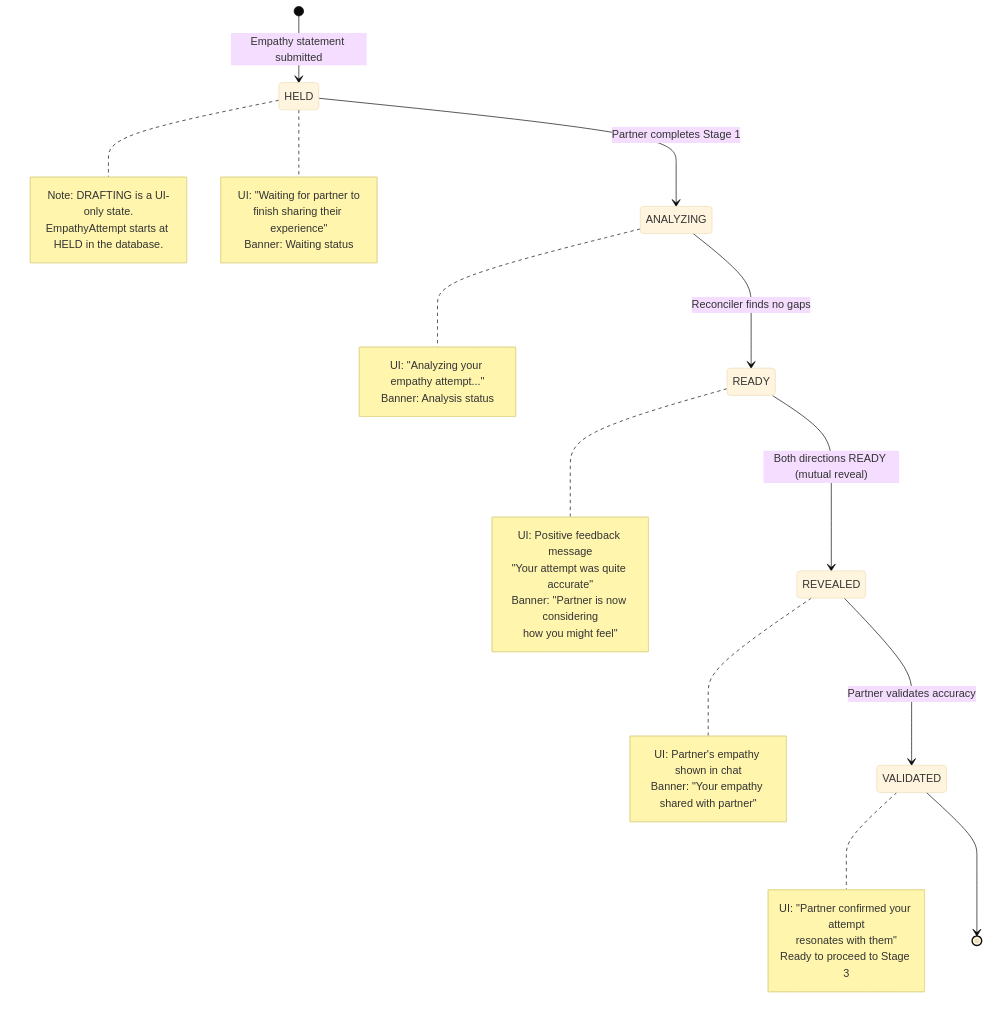
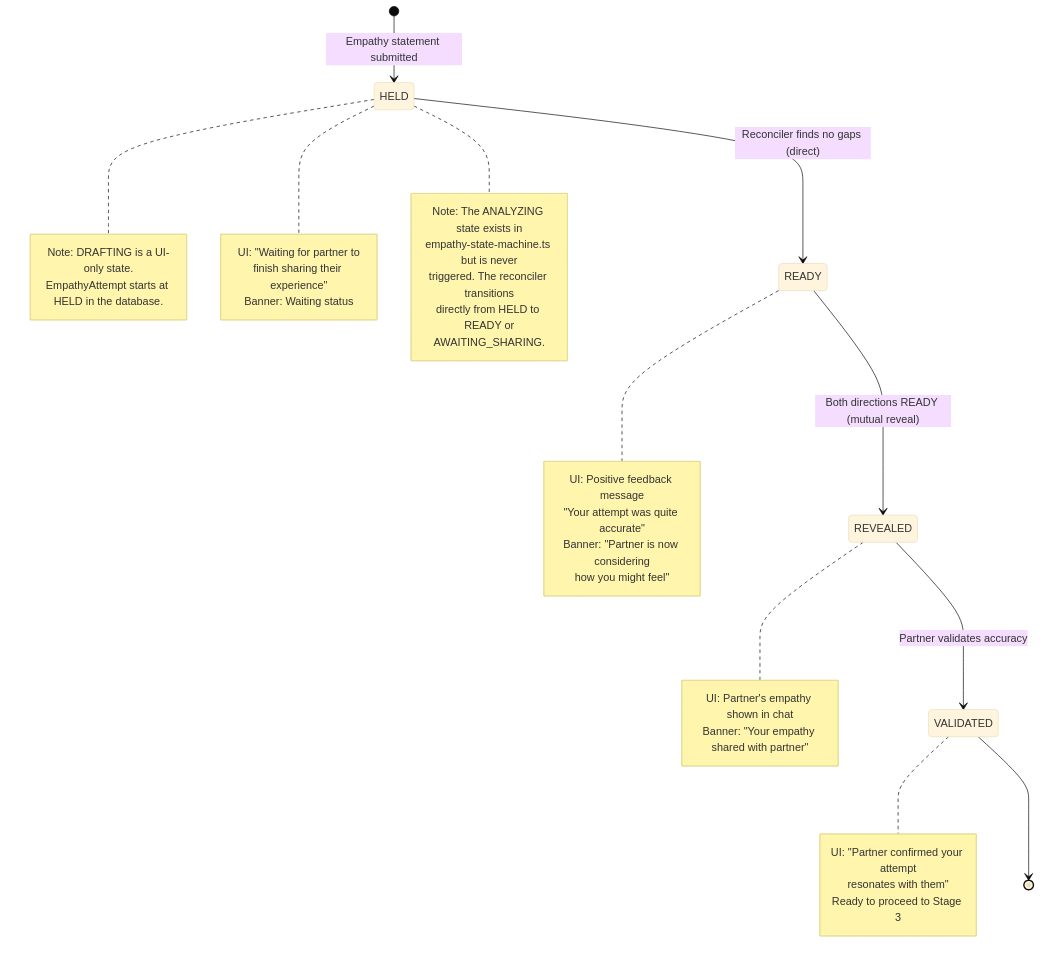
The first of 14 diagrams in docs/diagrams/reconciler-paths.md (shantamg/meet-without-fear), drawn with Mermaid (base theme) before and after one commit. The commit also changed other lines of this file and 12 other files, not shown here.

````diff
--- a/docs/diagrams/reconciler-paths.md
+++ b/docs/diagrams/reconciler-paths.md
@@ -42,38 +42,39 @@
 ```mermaid
 stateDiagram-v2
     [*] --> HELD: Empathy statement submitted
     note right of HELD
         Note: DRAFTING is a UI-only state.
         EmpathyAttempt starts at HELD in the database.
     end note
     note right of HELD
         UI: "Waiting for partner to<br/>finish sharing their experience"
         Banner: Waiting status
     end note
 
-    HELD --> ANALYZING: Partner completes Stage 1
-    note right of ANALYZING
-        UI: "Analyzing your empathy attempt..."
-        Banner: Analysis status
+    HELD --> READY: Reconciler finds no gaps (direct)
+    note right of HELD
+        Note: The ANALYZING state exists in
+        empathy-state-machine.ts but is never
+        triggered. The reconciler transitions
+        directly from HELD to READY or
+        AWAITING_SHARING.
     end note
-
-    ANALYZING --> READY: Reconciler finds no gaps
     note right of READY
         UI: Positive feedback message<br/>"Your attempt was quite accurate"
         Banner: "Partner is now considering<br/>how you might feel"
     end note
 
     READY --> REVEALED: Both directions READY (mutual reveal)
     note right of REVEALED
         UI: Partner's empathy shown in chat
         Banner: "Your empathy shared with partner"
     end note
 
     REVEALED --> VALIDATED: Partner validates accuracy
     note right of VALIDATED
         UI: "Partner confirmed your attempt<br/>resonates with them"
         Ready to proceed to Stage 3
     end note
 
     VALIDATED --> [*]
 ```
````
